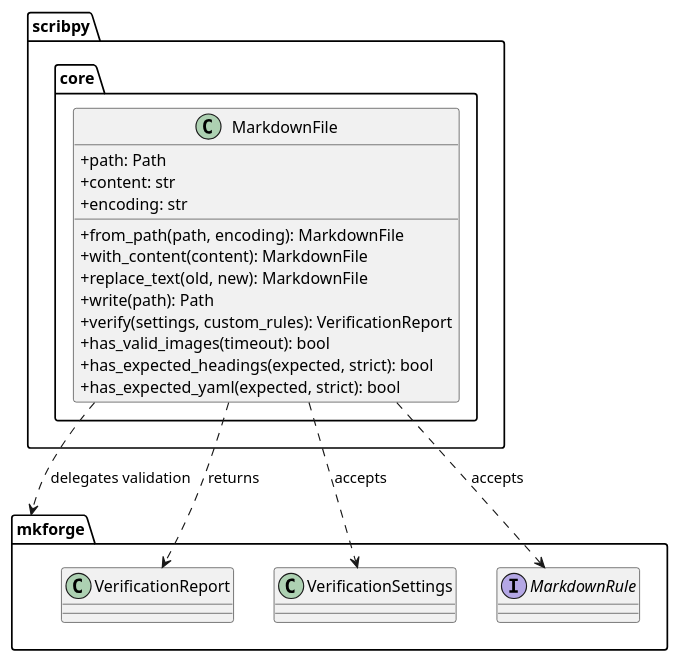
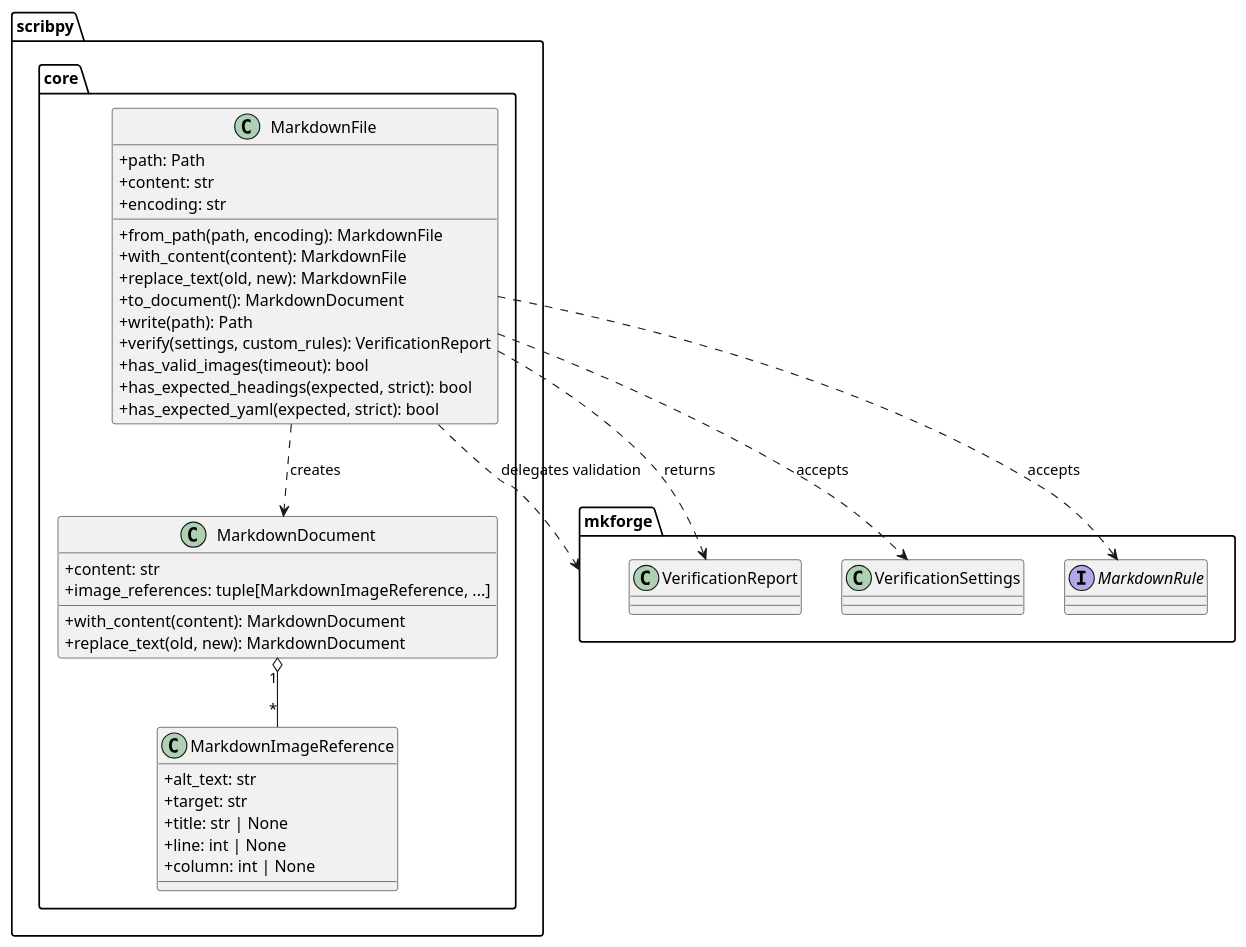
The first of 4 diagrams in doc/architecture-core.md (antoinebarre/scribpy), drawn with PlantUML before and after one commit. The commit also changed other lines of this file and 7 other files, not shown here.

````diff
--- a/doc/architecture-core.md
+++ b/doc/architecture-core.md
@@ -21,32 +32,50 @@
 ```plantuml
 @startuml
 skinparam classAttributeIconSize 0
 
 package "scribpy.core" {
+  class MarkdownDocument {
+    +content: str
+    +image_references: tuple[MarkdownImageReference, ...]
+    +with_content(content): MarkdownDocument
+    +replace_text(old, new): MarkdownDocument
+  }
+
   class MarkdownFile {
     +path: Path
     +content: str
     +encoding: str
     +from_path(path, encoding): MarkdownFile
     +with_content(content): MarkdownFile
     +replace_text(old, new): MarkdownFile
+    +to_document(): MarkdownDocument
     +write(path): Path
     +verify(settings, custom_rules): VerificationReport
     +has_valid_images(timeout): bool
     +has_expected_headings(expected, strict): bool
     +has_expected_yaml(expected, strict): bool
+  }
+
+  class MarkdownImageReference {
+    +alt_text: str
+    +target: str
+    +title: str | None
+    +line: int | None
+    +column: int | None
   }
 }
 
 package "mkforge" {
   class VerificationReport
   class VerificationSettings
   interface MarkdownRule
 }
 
 MarkdownFile ..> VerificationReport : returns
 MarkdownFile ..> VerificationSettings : accepts
 MarkdownFile ..> MarkdownRule : accepts
 MarkdownFile ..> mkforge : delegates validation
+MarkdownFile ..> MarkdownDocument : creates
+MarkdownDocument "1" o-- "*" MarkdownImageReference
 @enduml
 ```
````
